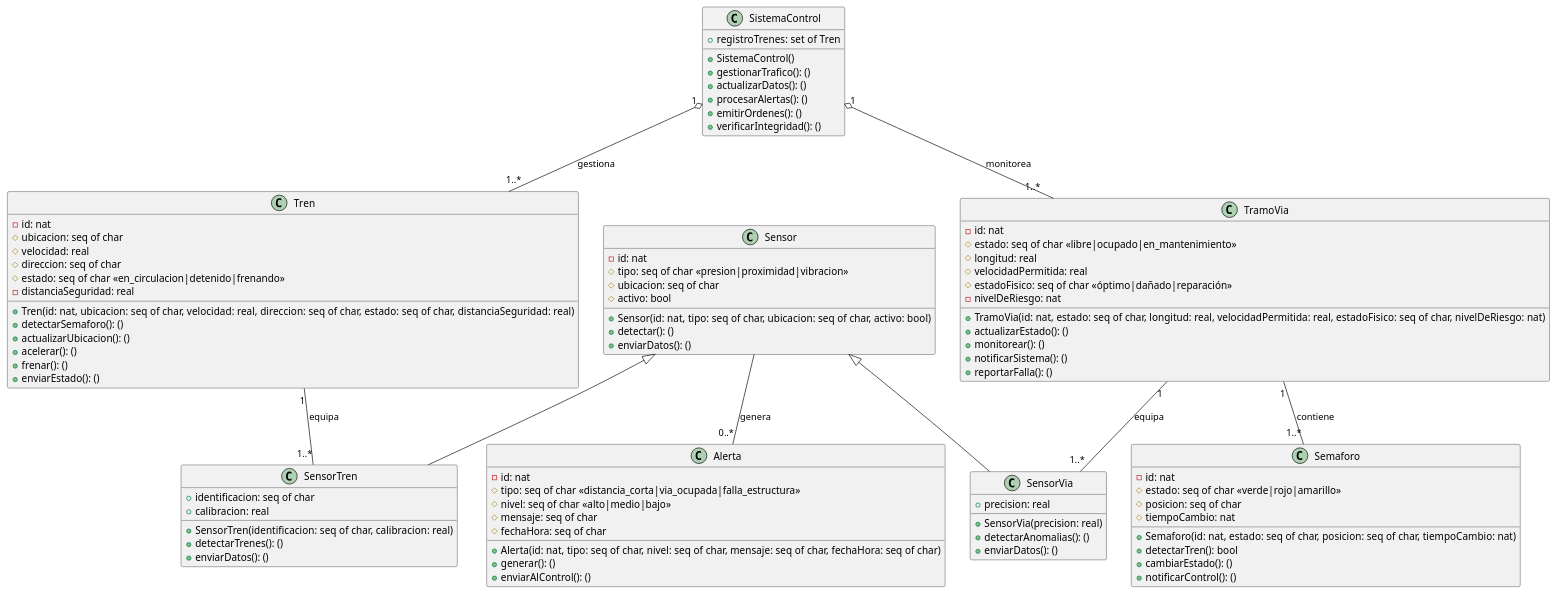
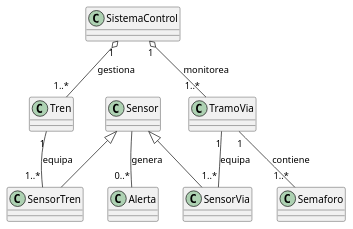
One commit to RodrigoStranger/mf-trafico-de-trenes changed the diagram in diagrama de clases/trafico-de-trenes.wsd. Above: the diagram before and after it, drawn with PlantUML.

```diff
--- a/diagrama de clases/trafico-de-trenes.wsd
+++ b/diagrama de clases/trafico-de-trenes.wsd
@@ -1,105 +1,51 @@
 @startuml trafico de trenes
 
 class Tren {
-    -id: nat
-    #ubicacion: seq of char
-    #velocidad: real
-    #direccion: seq of char
-    #estado: seq of char <<en_circulacion|detenido|frenando>>
-    -distanciaSeguridad: real
-    +Tren(id: nat, ubicacion: seq of char, velocidad: real, direccion: seq of char, estado: seq of char, distanciaSeguridad: real)
-    +detectarSemaforo(): ()
-    +actualizarUbicacion(): ()
-    +acelerar(): ()
-    +frenar(): ()
-    +enviarEstado(): ()
+
 }
 
 class TramoVia {
-    -id: nat
-    #estado: seq of char <<libre|ocupado|en_mantenimiento>>
-    #longitud: real
-    #velocidadPermitida: real
-    #estadoFisico: seq of char <<óptimo|dañado|reparación>>
-    -nivelDeRiesgo: nat
-    +TramoVia(id: nat, estado: seq of char, longitud: real, velocidadPermitida: real, estadoFisico: seq of char, nivelDeRiesgo: nat)
-    +actualizarEstado(): ()
-    +monitorear(): ()
-    +notificarSistema(): ()
-    +reportarFalla(): ()
+
 }
 
 class Sensor {
-    -id: nat
-    #tipo: seq of char <<presion|proximidad|vibracion>>
-    #ubicacion: seq of char
-    #activo: bool
-    +Sensor(id: nat, tipo: seq of char, ubicacion: seq of char, activo: bool)
-    +detectar(): ()
-    +enviarDatos(): ()
+
 }
 
 class SensorTren {
-    +identificacion: seq of char
-    +calibracion: real
-    +SensorTren(identificacion: seq of char, calibracion: real)
-    +detectarTrenes(): ()
-    +enviarDatos(): ()
+
 }
 
 class SensorVia {
-    +precision: real
-    +SensorVia(precision: real)
-    +detectarAnomalias(): ()
-    +enviarDatos(): ()
+
 }
 
 class Semaforo {
-    -id: nat
-    #estado: seq of char <<verde|rojo|amarillo>>
-    #posicion: seq of char
-    #tiempoCambio: nat
-    +Semaforo(id: nat, estado: seq of char, posicion: seq of char, tiempoCambio: nat)
-    +detectarTren(): bool
-    +cambiarEstado(): ()
-    +notificarControl(): ()
+
 }
 
 class Alerta {
-    -id: nat
-    #tipo: seq of char <<distancia_corta|via_ocupada|falla_estructura>>
-    #nivel: seq of char <<alto|medio|bajo>>
-    #mensaje: seq of char
-    #fechaHora: seq of char
-    +Alerta(id: nat, tipo: seq of char, nivel: seq of char, mensaje: seq of char, fechaHora: seq of char)
-    +generar(): ()
-    +enviarAlControl(): ()
+
 }
 
 class SistemaControl {
-    +registroTrenes: set of Tren
-    +SistemaControl()
-    +gestionarTrafico(): ()
-    +actualizarDatos(): ()
-    +procesarAlertas(): ()
-    +emitirOrdenes(): ()
-    +verificarIntegridad(): ()
+
 }
 
 ' Herencia
 Sensor <|-- SensorTren
 Sensor <|-- SensorVia
 
 ' Relaciones del sistema
 SistemaControl "1" o-- "1..*" Tren : gestiona 
 SistemaControl "1" o-- "1..*" TramoVia : monitorea 
 
 ' Relaciones entre entidades físicas
 TramoVia "1" -- "1..*" Semaforo : contiene 
 TramoVia "1" -- "1..*" SensorVia : equipa 
 Tren "1" -- "1..*" SensorTren : equipa
 
 ' Generación de alertas
 Sensor -- "0..*" Alerta : genera
 
 @enduml
```
